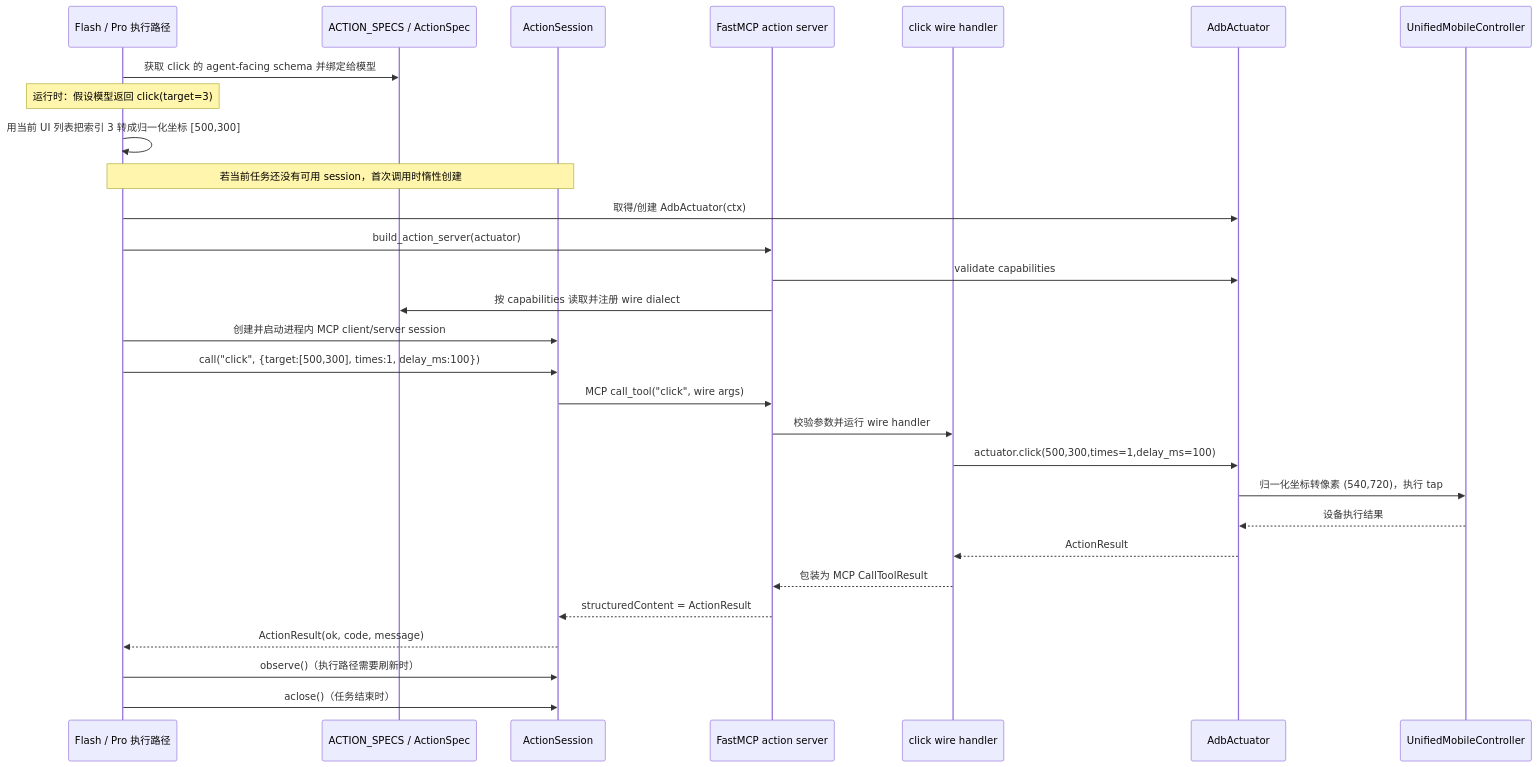
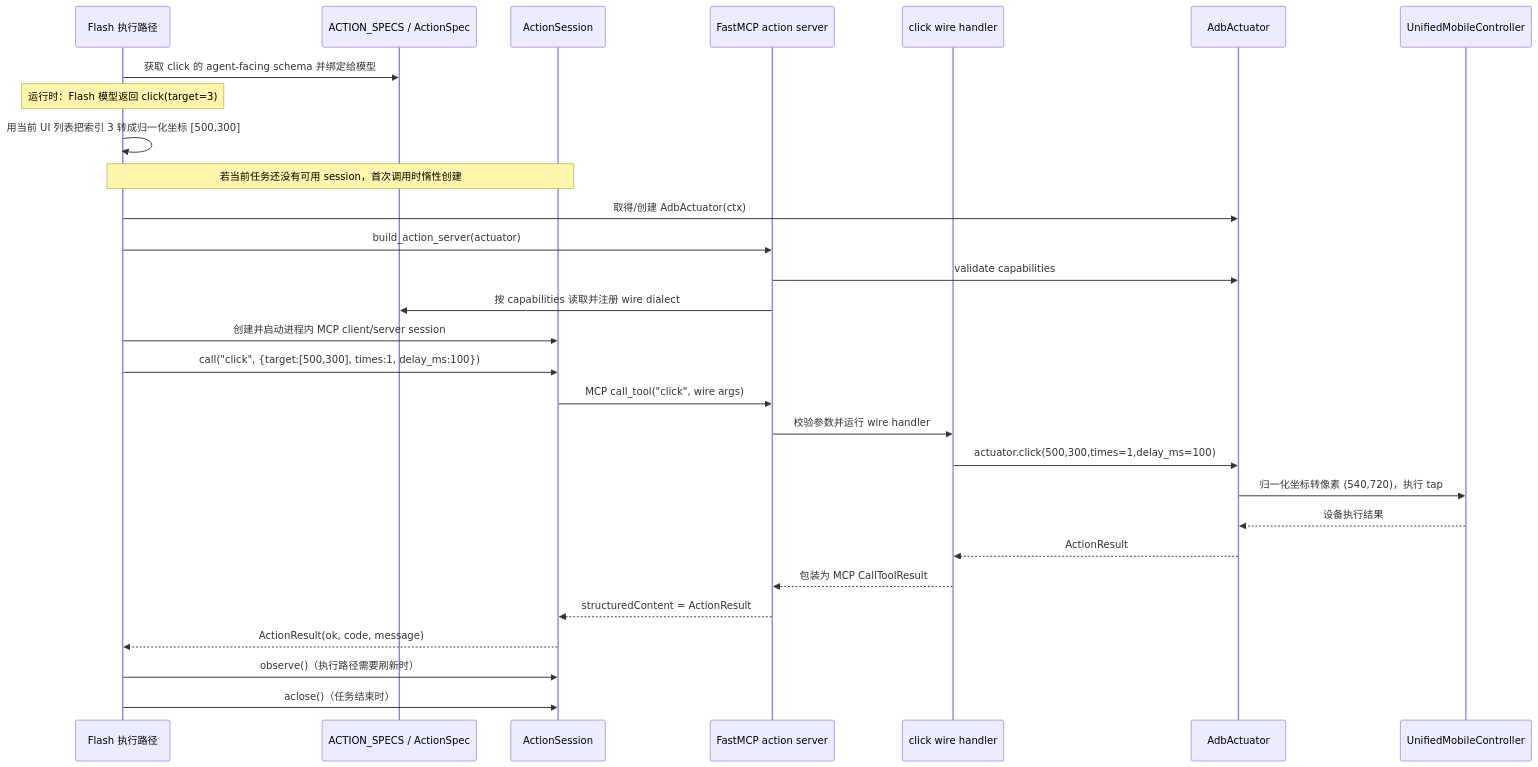
One commit to neoguojing/docs changed the third of 3 diagrams in ai/agent/artemis_tool.md. Above: the diagram before and after it, drawn with Mermaid. The commit also changed other lines of this file, not shown here.

````diff
--- a/ai/agent/artemis_tool.md
+++ b/ai/agent/artemis_tool.md
@@ -181,33 +181,33 @@
 ```mermaid
 sequenceDiagram
-    participant Agent as Flash / Pro 执行路径
+    participant Agent as Flash 执行路径
     participant Spec as ACTION_SPECS / ActionSpec
     participant Session as ActionSession
     participant Server as FastMCP action server
     participant Wire as click wire handler
     participant Backend as AdbActuator
     participant Controller as UnifiedMobileController
 
     Agent->>Spec: 获取 click 的 agent-facing schema 并绑定给模型
 
-    Note over Agent: 运行时：假设模型返回 click(target=3)
+    Note over Agent: 运行时：Flash 模型返回 click(target=3)
     Agent->>Agent: 用当前 UI 列表把索引 3 转成归一化坐标 [500,300]
     Note over Agent,Session: 若当前任务还没有可用 session，首次调用时惰性创建
     Agent->>Backend: 取得/创建 AdbActuator(ctx)
     Agent->>Server: build_action_server(actuator)
     Server->>Backend: validate capabilities
     Server->>Spec: 按 capabilities 读取并注册 wire dialect
     Agent->>Session: 创建并启动进程内 MCP client/server session
     Agent->>Session: call("click", {target:[500,300], times:1, delay_ms:100})
     Session->>Server: MCP call_tool("click", wire args)
     Server->>Wire: 校验参数并运行 wire handler
     Wire->>Backend: actuator.click(500,300,times=1,delay_ms=100)
     Backend->>Controller: 归一化坐标转像素 (540,720)，执行 tap
     Controller-->>Backend: 设备执行结果
     Backend-->>Wire: ActionResult
     Wire-->>Server: 包装为 MCP CallToolResult
     Server-->>Session: structuredContent = ActionResult
     Session-->>Agent: ActionResult(ok, code, message)
     Agent->>Session: observe()（执行路径需要刷新时）
     Agent->>Session: aclose()（任务结束时）
 ```
````
